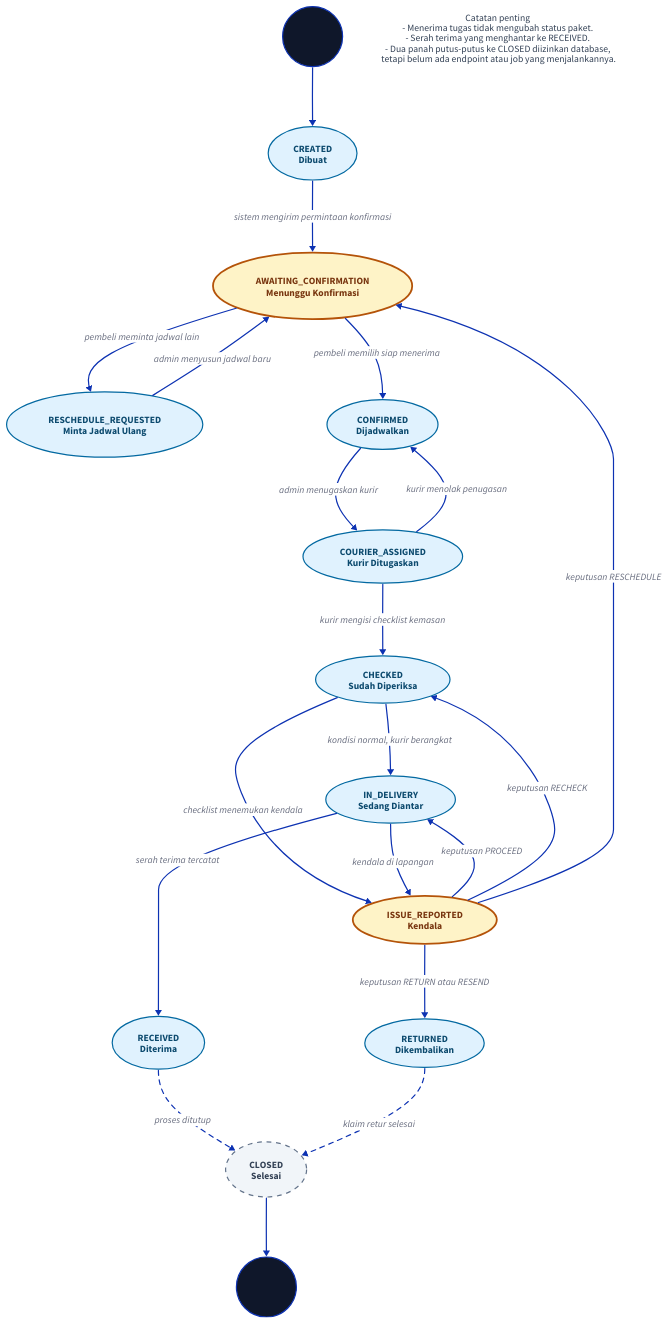
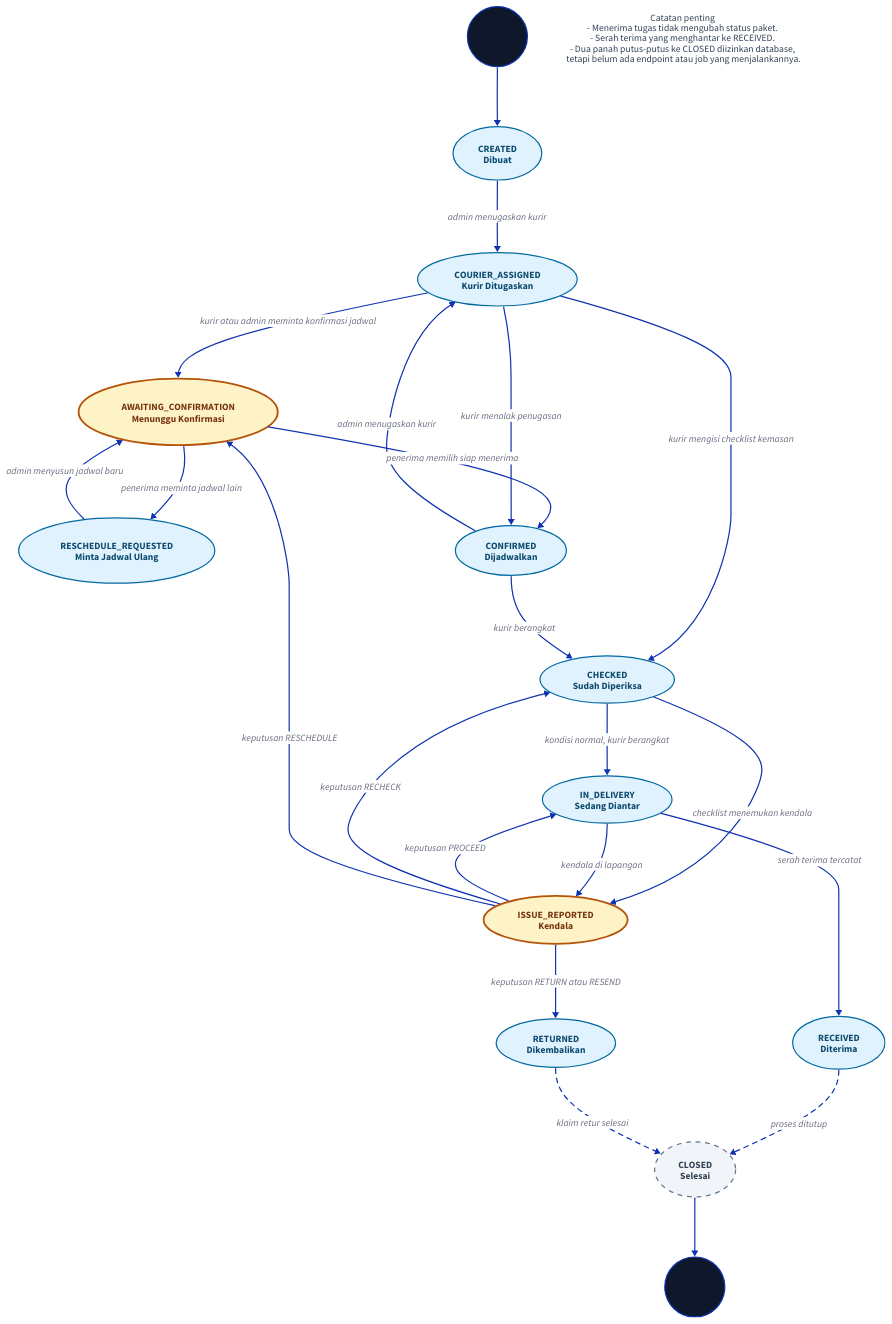
One commit to KagChi/anteraja-hackathon changed the diagram in docs/diagrams/fsm-status.d2. Above: the diagram before and after it, drawn with D2. The commit also changed 66 other files, not shown here.

First line of the commit message:
feat(flow): assign courier before confirmation and require a delivery PIN

```diff
--- a/docs/diagrams/fsm-status.d2
+++ b/docs/diagrams/fsm-status.d2
@@ -1,94 +1,96 @@
 # Peta transisi status paket Anteraja Frozen (FSM).
 # Cermin dari docs/flowchart.md bagian 2 dan tabel package_status_transitions.
 
 # Arah vertikal supaya rantai statusnya turun ke bawah, bukan melebar ke samping.
 direction: down
 
 classes: {
   normal: {
     style: {
       fill: "#e0f2fe"
       stroke: "#0369a1"
       stroke-width: 2
       font-color: "#0c4a6e"
     }
   }
   menunggu: {
     style: {
       fill: "#fef3c7"
       stroke: "#b45309"
       stroke-width: 3
       font-color: "#78350f"
     }
   }
   terminal: {
     style: {
       fill: "#ede9fe"
       stroke: "#6d28d9"
       stroke-width: 3
       font-color: "#3b0764"
       bold: true
     }
   }
   gantung: {
     style: {
       fill: "#f1f5f9"
       stroke: "#64748b"
       stroke-width: 2
       stroke-dash: 4
       font-color: "#334155"
     }
   }
 }
 
 start: "" { shape: circle; style.fill: "#0f172a" }
 finish: "" { shape: circle; style.fill: "#0f172a" }
 
 created: "CREATED\nDibuat" { shape: oval }
 awc: "AWAITING_CONFIRMATION\nMenunggu Konfirmasi" { shape: oval }
 resch: "RESCHEDULE_REQUESTED\nMinta Jadwal Ulang" { shape: oval }
 conf: "CONFIRMED\nDijadwalkan" { shape: oval }
 ca: "COURIER_ASSIGNED\nKurir Ditugaskan" { shape: oval }
 chked: "CHECKED\nSudah Diperiksa" { shape: oval }
 issue: "ISSUE_REPORTED\nKendala" { shape: oval }
 indel: "IN_DELIVERY\nSedang Diantar" { shape: oval }
 recv: "RECEIVED\nDiterima" { shape: oval }
 ret: "RETURNED\nDikembalikan" { shape: oval }
 closed: "CLOSED\nSelesai" { shape: oval }
 
 created.class: normal
 awc.class: menunggu
 resch.class: normal
 conf.class: normal
 ca.class: normal
 chked.class: normal
 issue.class: menunggu
 indel.class: normal
 recv.class: normal
 ret.class: normal
 closed.class: gantung
 
 start -> created
-created -> awc: sistem mengirim permintaan konfirmasi
-awc -> conf: pembeli memilih siap menerima
-awc -> resch: pembeli meminta jadwal lain
+created -> ca: admin menugaskan kurir
+ca -> awc: kurir atau admin meminta konfirmasi jadwal
+awc -> conf: penerima memilih siap menerima
+awc -> resch: penerima meminta jadwal lain
 resch -> awc: admin menyusun jadwal baru
 conf -> ca: admin menugaskan kurir
 ca -> conf: kurir menolak penugasan
 ca -> chked: kurir mengisi checklist kemasan
+conf -> chked: kurir berangkat
 chked -> indel: kondisi normal, kurir berangkat
 chked -> issue: checklist menemukan kendala
 indel -> recv: serah terima tercatat
 indel -> issue: kendala di lapangan
 issue -> indel: keputusan PROCEED
 issue -> chked: keputusan RECHECK
 issue -> awc: keputusan RESCHEDULE
 issue -> ret: keputusan RETURN atau RESEND
 recv -> closed: proses ditutup { style.stroke-dash: 4 }
 ret -> closed: klaim retur selesai { style.stroke-dash: 4 }
 closed -> finish
 
 catatan: "Catatan penting\n- Menerima tugas tidak mengubah status paket.\n- Serah terima yang menghantar ke RECEIVED.\n- Dua panah putus-putus ke CLOSED diizinkan database,\n  tetapi belum ada endpoint atau job yang menjalankannya." {
   shape: text
   style.font-color: "#334155"
 }
```
